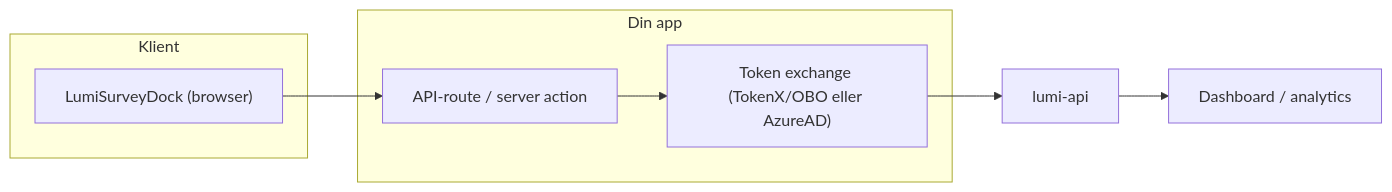
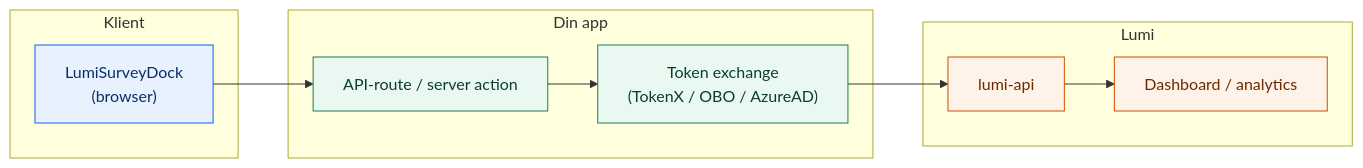
One commit to navikt/lumi changed the diagram in README.md. Above: the diagram before and after it, drawn with Mermaid. The commit also changed other lines of this file, not shown here.

Commit message:
docs: enhance architecture diagram in README for clarity and styling

````diff
--- a/README.md
+++ b/README.md
@@ -27,14 +27,30 @@
 ```mermaid
 flowchart LR
-  subgraph Client["Klient"]
-    A["LumiSurveyDock (browser)"]
-  end
-  subgraph Backend["Din app"]
-    B["API-route / server action"]
-    C["Token exchange (TokenX/OBO eller AzureAD)"]
-  end
-  D["lumi-api"]
-  E["Dashboard / analytics"]
+	%% ---------- Client ----------
+	subgraph Client["Klient"]
+		A["LumiSurveyDock\n(browser)"]
+	end
 
-  A --> B --> C --> D --> E
+	%% ---------- App Backend ----------
+	subgraph App["Din app"]
+		B["API-route / server action"]
+		C["Token exchange\n(TokenX / OBO / AzureAD)"]
+	end
+
+	%% ---------- Platform ----------
+	subgraph Platform["Lumi"]
+		D["lumi-api"]
+		E["Dashboard / analytics"]
+	end
+
+	A --> B --> C --> D --> E
+
+	%% ---------- Styling ----------
+	classDef client fill:#E8F2FF,stroke:#0B5FFF,stroke-width:1px,color:#0B2E66;
+	classDef app fill:#E9F8F0,stroke:#1C7C54,stroke-width:1px,color:#0F3D2E;
+	classDef platform fill:#FFF2E8,stroke:#CC4F00,stroke-width:1px,color:#6A2A00;
+
+	class A client;
+	class B,C app;
+	class D,E platform;
 ```
````
